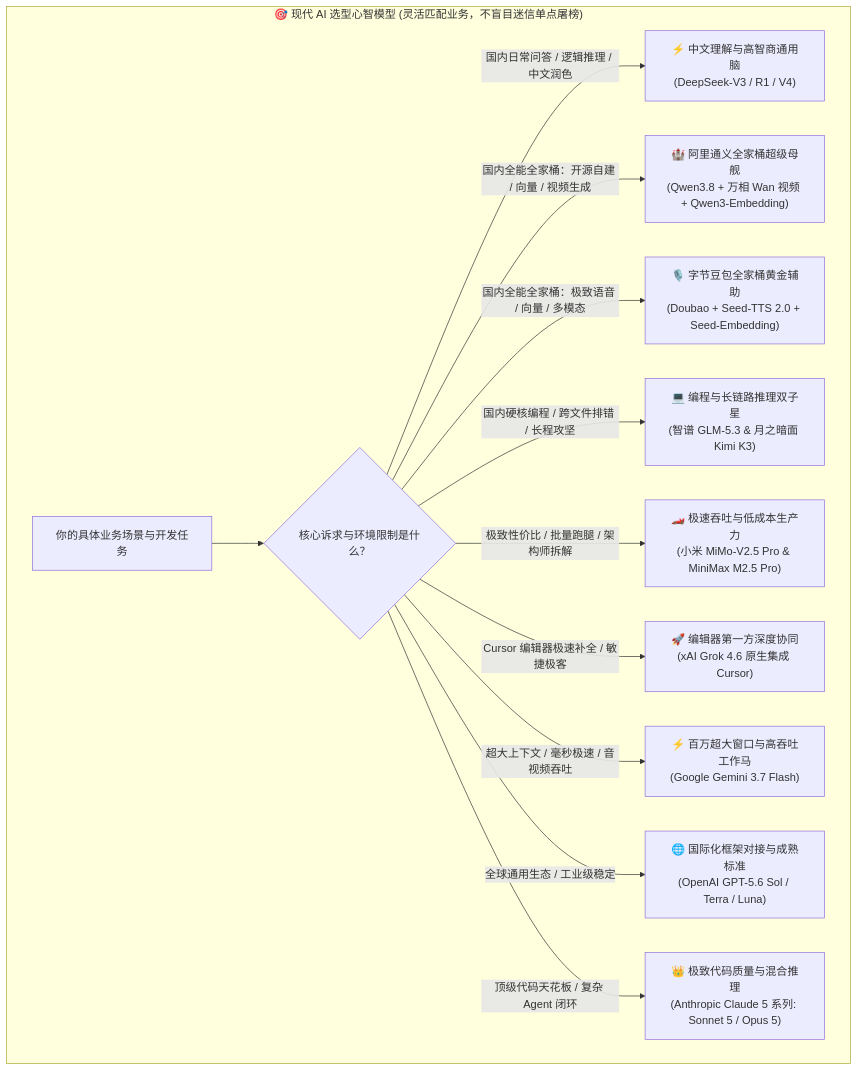
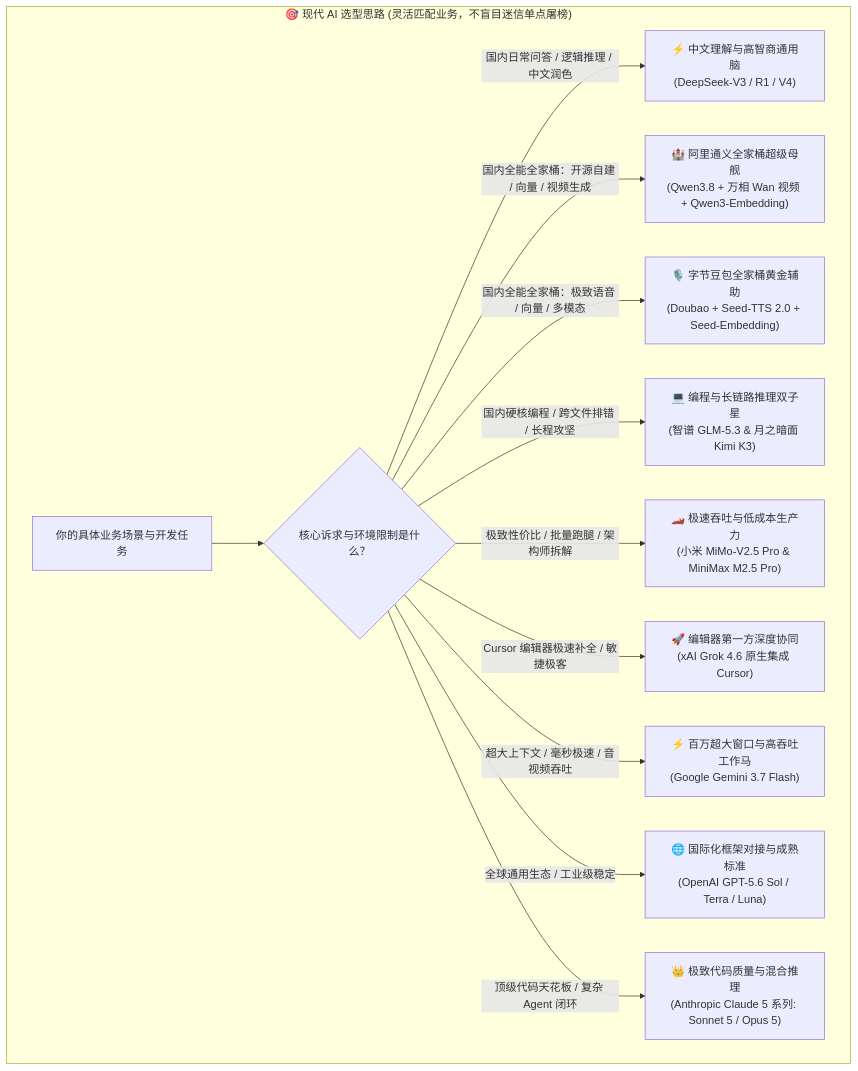
One commit to buffer121328/vibe-coding-and-agents changed the first of 3 diagrams in 03_脚手架搭建/08_如何选择AI.md. Above: the diagram before and after it, drawn with Mermaid. The commit also changed other lines of this file and 41 other files, not shown here.

````diff
--- a/03_脚手架搭建/08_如何选择AI.md
+++ b/03_脚手架搭建/08_如何选择AI.md
@@ -20,16 +20,16 @@
 ```mermaid
 graph TD
-    subgraph Mindset ["🎯 现代 AI 选型心智模型 (灵活匹配业务，不盲目迷信单点屠榜)"]
+    subgraph Mindset ["🎯 现代 AI 选型思路 (灵活匹配业务，不盲目迷信单点屠榜)"]
         Task["你的具体业务场景与开发任务"] --> Judge{"核心诉求与环境限制是什么？"}
         
         Judge -->|"国内日常问答 / 逻辑推理 / 中文润色"| Route1["⚡ 中文理解与高智商通用脑<br/>(DeepSeek-V3 / R1 / V4)"]
         Judge -->|"国内全能全家桶：开源自建 / 向量 / 视频生成"| Route2["🏰 阿里通义全家桶超级母舰<br/>(Qwen3.8 + 万相 Wan 视频 + Qwen3-Embedding)"]
         Judge -->|"国内全能全家桶：极致语音 / 向量 / 多模态"| Route3["🎙️ 字节豆包全家桶黄金辅助<br/>(Doubao + Seed-TTS 2.0 + Seed-Embedding)"]
         Judge -->|"国内硬核编程 / 跨文件排错 / 长程攻坚"| Route4["💻 编程与长链路推理双子星<br/>(智谱 GLM-5.3 & 月之暗面 Kimi K3)"]
         Judge -->|"极致性价比 / 批量跑腿 / 架构师拆解"| Route5["🏎️ 极速吞吐与低成本生产力<br/>(小米 MiMo-V2.5 Pro & MiniMax M2.5 Pro)"]
         Judge -->|"Cursor 编辑器极速补全 / 敏捷极客"| Route6["🚀 编辑器第一方深度协同<br/>(xAI Grok 4.6 原生集成 Cursor)"]
         Judge -->|"超大上下文 / 毫秒极速 / 音视频吞吐"| Route7["⚡ 百万超大窗口与高吞吐工作马<br/>(Google Gemini 3.7 Flash)"]
         Judge -->|"全球通用生态 / 工业级稳定"| Route8["🌐 国际化框架对接与成熟标准<br/>(OpenAI GPT-5.6 Sol / Terra / Luna)"]
         Judge -->|"顶级代码天花板 / 复杂 Agent 闭环"| Route9["👑 极致代码质量与混合推理<br/>(Anthropic Claude 5 系列: Sonnet 5 / Opus 5)"]
     end
 ```
````
